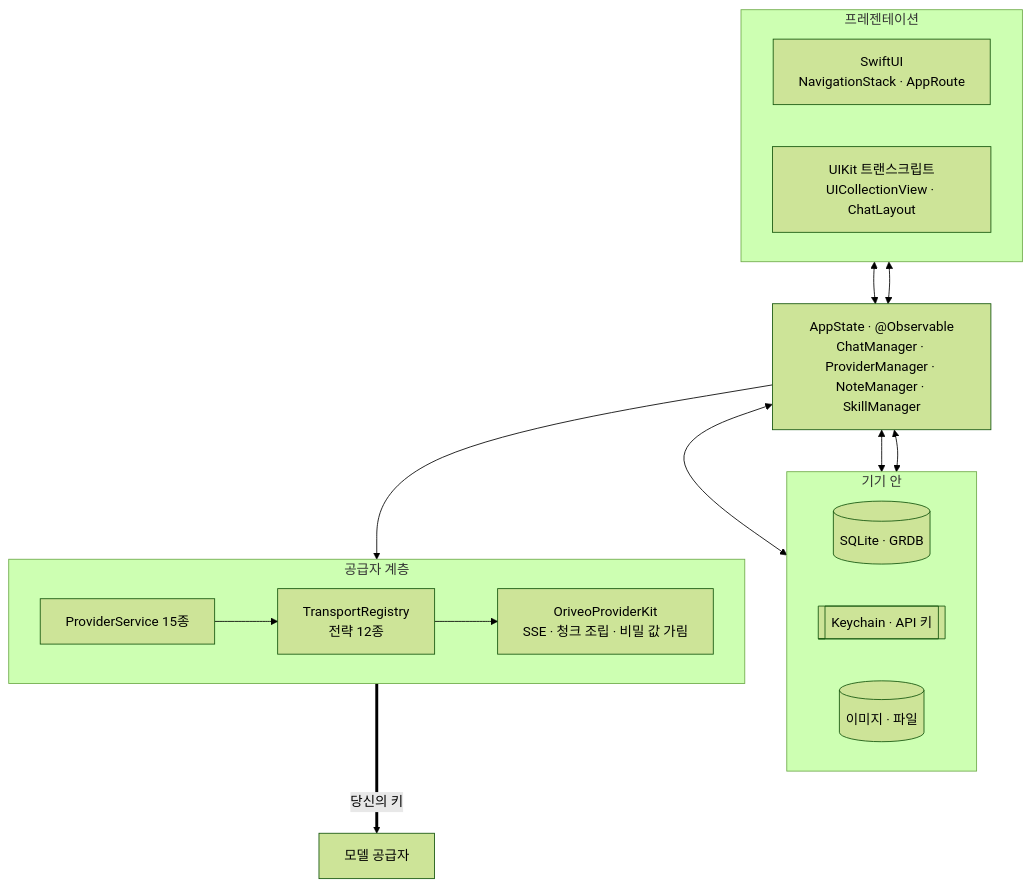
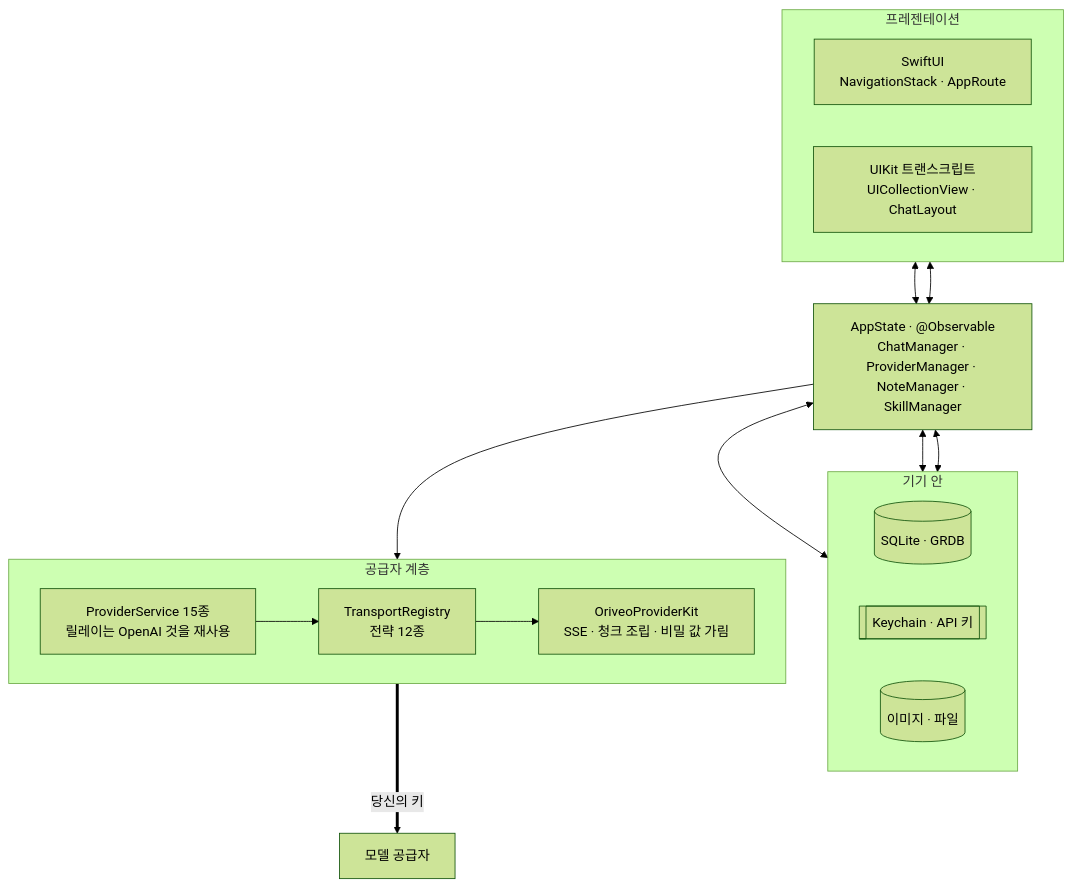
The first of 2 diagrams in readme_i18n/ko/ios.md (oriveo/oriveo), drawn with Mermaid (forest theme) before and after one commit. The commit also changed other lines of this file and 62 other files, not shown here.

````diff
--- a/readme_i18n/ko/ios.md
+++ b/readme_i18n/ko/ios.md
@@ -46,30 +46,30 @@
 ```mermaid
 flowchart TB
     subgraph ui ["프레젠테이션"]
         direction LR
         swiftui["SwiftUI<br/>NavigationStack · AppRoute"]
         uikit["UIKit 트랜스크립트<br/>UICollectionView · ChatLayout"]
     end
 
     appstate["AppState · @Observable<br/>ChatManager · ProviderManager · NoteManager · SkillManager"]
 
     subgraph store ["기기 안"]
         direction LR
         grdb[("SQLite · GRDB")]
         keychain[["Keychain · API 키"]]
         files[("이미지 · 파일")]
     end
 
     subgraph provider ["공급자 계층"]
         direction LR
-        services["ProviderService 15종"]
+        services["ProviderService 15종<br/>릴레이는 OpenAI 것을 재사용"]
         transports["TransportRegistry<br/>전략 12종"]
         kit["OriveoProviderKit<br/>SSE · 청크 조립 · 비밀 값 가림"]
     end
 
     swiftui & uikit <--> appstate
     appstate <--> grdb & keychain & files
     appstate --> services
     services --> transports --> kit
     kit ==>|"당신의 키"| up["모델 공급자"]
 ```
````
